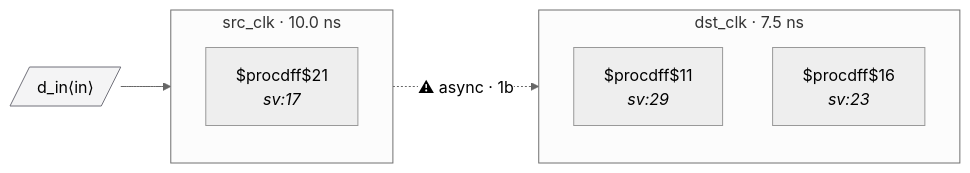
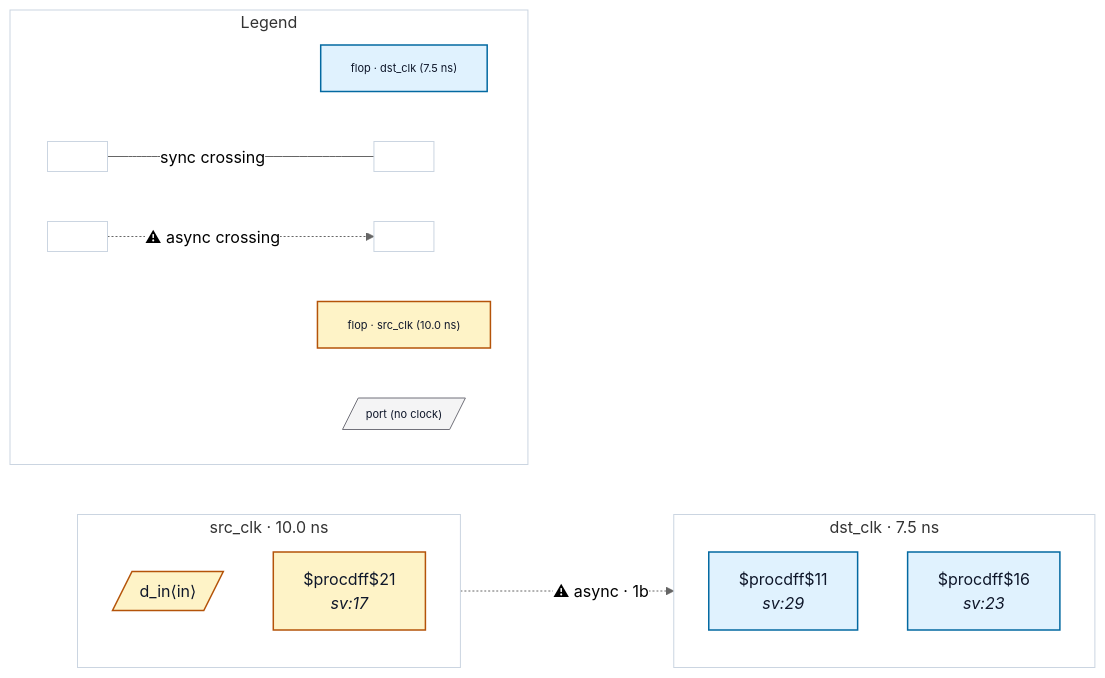
The diagram in tests/fixtures/good_2ff_sync/README.md (rtl-buddy/rtl-buddy-cdc), drawn with Mermaid (neutral theme) before and after one commit. The commit also changed 71 other files, not shown here.

First line of the commit message:
Refresh fixture READMEs + render iterations (colors, legend, nested ports, clock-net edges)

````diff
--- a/tests/fixtures/good_2ff_sync/README.md
+++ b/tests/fixtures/good_2ff_sync/README.md
@@ -16,17 +16,41 @@
 ```mermaid
 %% good_2ff_sync — generated by rtl-buddy-cdc render
 flowchart LR
   subgraph clk_dst_clk["dst_clk · 7.5 ns"]
     direction TB
-    f_073d3387["$procdff$11<br/><i>sv:29</i>"]
-    f_1e76cf50["$procdff$16<br/><i>sv:23</i>"]
+    f_073d3387["$procdff$11<br/><i>sv:29</i>"]:::ckcls_dst_clk
+    f_1e76cf50["$procdff$16<br/><i>sv:23</i>"]:::ckcls_dst_clk
   end
   subgraph clk_src_clk["src_clk · 10.0 ns"]
     direction TB
-    f_9f3266ae["$procdff$21<br/><i>sv:17</i>"]
+    p_in_d_in[/"d_in⟨in⟩"/]:::ckcls_src_clk
+    f_9f3266ae["$procdff$21<br/><i>sv:17</i>"]:::ckcls_src_clk
   end
-  p_in_d_in[/"d_in⟨in⟩"/]:::port
-  p_in_d_in --> f_9f3266ae
   f_9f3266ae -. "⚠ async · 1b" .-> f_1e76cf50
-  classDef port fill:#f4f4f5,stroke:#71717a
+  subgraph rb_legend["Legend"]
+    direction LR
+    lg_clk_dst_clk["flop · dst_clk (7.5 ns)"]:::ckcls_dst_clk
+    lg_clk_src_clk["flop · src_clk (10.0 ns)"]:::ckcls_src_clk
+    lg_port[/"port (no clock)"/]:::port_unassigned
+    lg_sync_a[" "]:::ckcls_legend_neutral
+    lg_sync_b[" "]:::ckcls_legend_neutral
+    lg_async_a[" "]:::ckcls_legend_neutral
+    lg_async_b[" "]:::ckcls_legend_neutral
+    lg_sync_a --- |"sync crossing"| lg_sync_b
+    lg_async_a -. "⚠ async crossing" .-> lg_async_b
+  end
+  style clk_dst_clk fill:none,stroke:#cbd5e1
+  style clk_src_clk fill:none,stroke:#cbd5e1
+  style rb_legend fill:none,stroke:#cbd5e1
+  style lg_clk_dst_clk font-size:11px
+  style lg_clk_src_clk font-size:11px
+  style lg_port font-size:11px
+  style lg_sync_a font-size:11px
+  style lg_sync_b font-size:11px
+  style lg_async_a font-size:11px
+  style lg_async_b font-size:11px
+  classDef ckcls_dst_clk fill:#e0f2fe,stroke:#0369a1,stroke-width:1.5px,color:#0f172a
+  classDef ckcls_src_clk fill:#fef3c7,stroke:#b45309,stroke-width:1.5px,color:#0f172a
+  classDef port_unassigned fill:#f4f4f5,stroke:#71717a,color:#0f172a
+  classDef ckcls_legend_neutral fill:#ffffff,stroke:#cbd5e1,stroke-width:1px,color:#0f172a
 ```
````
